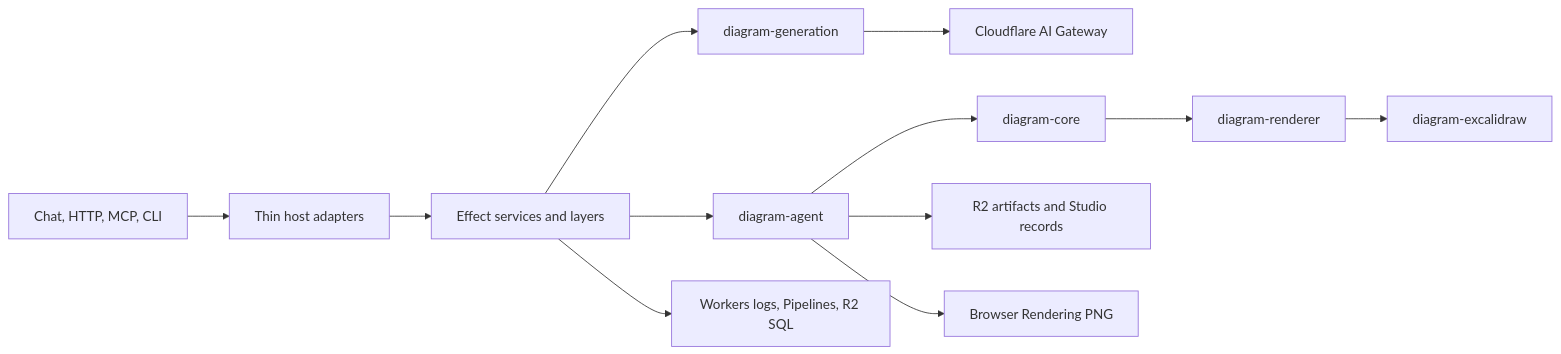
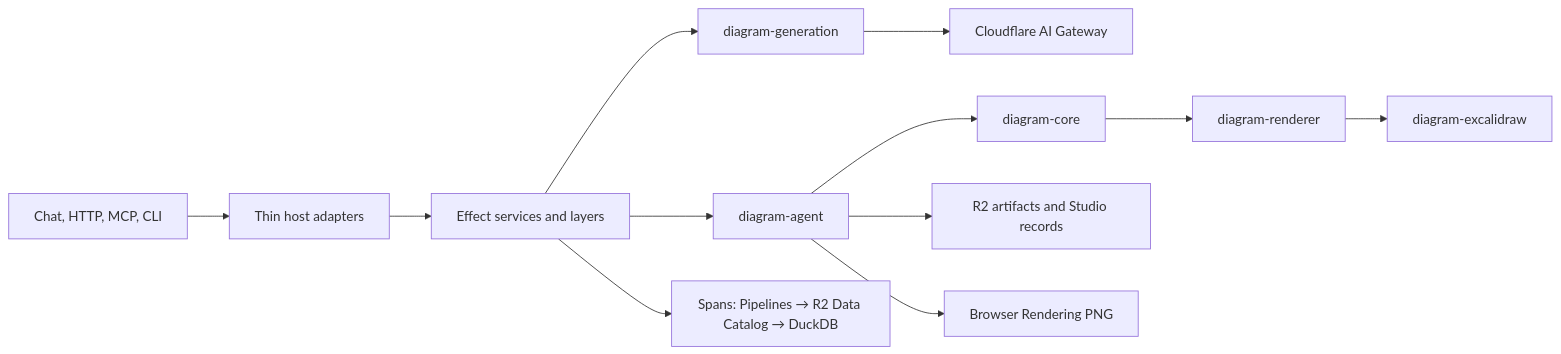
Before and after one commit to shpitdev/sketchi: the diagram in docs/architecture.md, drawn with Mermaid. The commit also changed other lines of this file and 49 other files, not shown here.

First line of the commit message:
feat(observability): store every span with its full content in R2 Data Catalog (#690)

````diff
--- a/docs/architecture.md
+++ b/docs/architecture.md
@@ -10,14 +10,14 @@
 ```mermaid
 flowchart LR
   Clients["Chat, HTTP, MCP, CLI"] --> Edges["Thin host adapters"]
   Edges --> Effect["Effect services and layers"]
   Effect --> Generation["diagram-generation"]
   Effect --> Build["diagram-agent"]
   Build --> Core["diagram-core"]
   Core --> Renderer["diagram-renderer"]
   Renderer --> Excalidraw["diagram-excalidraw"]
   Build --> R2["R2 artifacts and Studio records"]
   Generation --> Gateway["Cloudflare AI Gateway"]
   Build --> Browser["Browser Rendering PNG"]
-  Effect --> Telemetry["Workers logs, Pipelines, R2 SQL"]
+  Effect --> Telemetry["Spans: Pipelines → R2 Data Catalog → DuckDB"]
 ```
````
